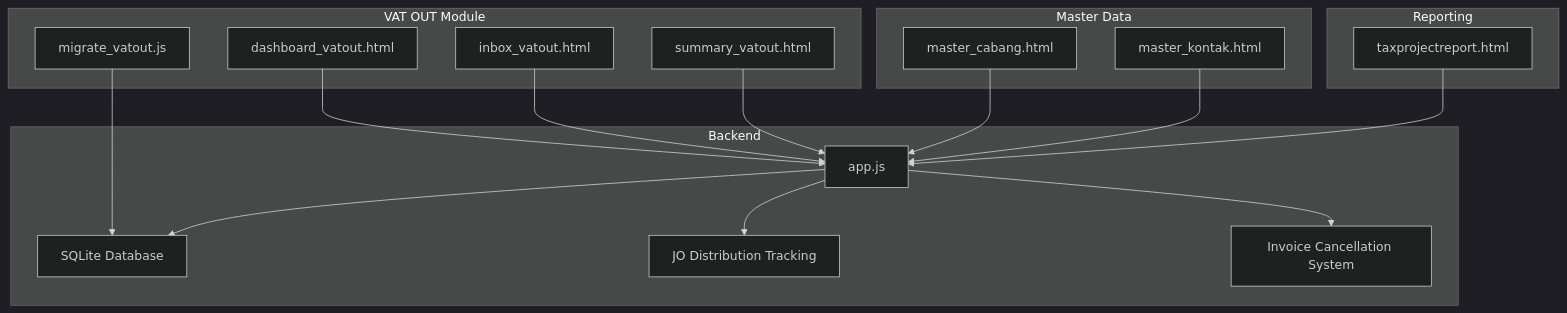
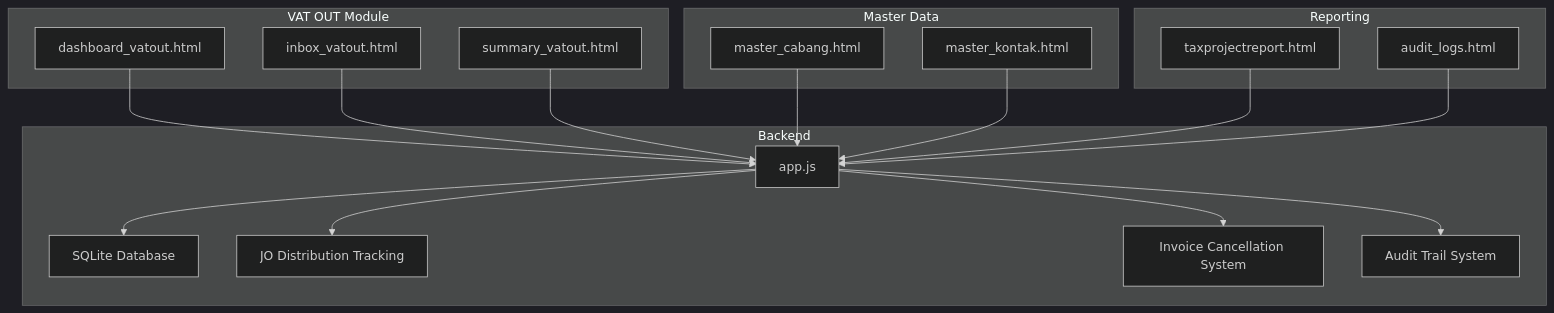
One commit to rendisiagian/TDS_by_RENDISIAGIAN changed the first of 11 diagrams in .qoder/repowiki/en/content/VAT Management System/VAT Output (VAT OUT).md. Above: the diagram before and after it, drawn with Mermaid (dark theme). The commit also changed other lines of this file and 55 other files, not shown here.

````diff
--- a/.qoder/repowiki/en/content/VAT Management System/VAT Output (VAT OUT).md
+++ b/.qoder/repowiki/en/content/VAT Management System/VAT Output (VAT OUT).md
@@ -45,32 +45,34 @@
 ```mermaid
 graph TB
 subgraph "VAT OUT Module"
 DSH["dashboard_vatout.html"]
 INBX["inbox_vatout.html"]
 SMRY["summary_vatout.html"]
-MIGR["migrate_vatout.js"]
 end
 subgraph "Backend"
 APP["app.js"]
 DB["SQLite Database"]
 JO_TRACK["JO Distribution Tracking"]
 CANCEL["Invoice Cancellation System"]
+AUDIT["Audit Trail System"]
 end
 subgraph "Master Data"
 MC["master_cabang.html"]
 MK["master_kontak.html"]
 end
 subgraph "Reporting"
 TPR["taxprojectreport.html"]
+AL["audit_logs.html"]
 end
 DSH --> APP
 INBX --> APP
 SMRY --> APP
-MIGR --> DB
 APP --> DB
 APP --> JO_TRACK
 APP --> CANCEL
+APP --> AUDIT
 MC --> APP
 MK --> APP
 TPR --> APP
+AL --> APP
 ```
````
